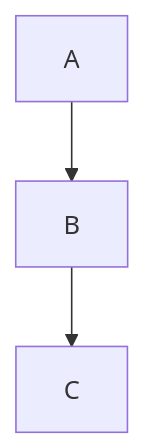
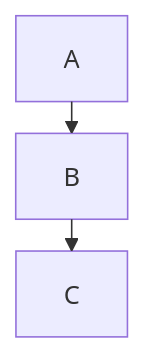
One commit to sebastian-software/ferrigura changed the diagram in docs/config/layouts.md. Above: the diagram before and after it, drawn with Mermaid. The commit also changed other lines of this file and 55 other files, not shown here.

First line of the commit message:
feat(fork)!: remove the dagre layout

````diff
--- a/docs/config/layouts.md
+++ b/docs/config/layouts.md
@@ -56,9 +56,9 @@
 ```mermaid
 ---
 config:
-  layout: dagre
+  layout: elk.mrtree
 ---
 graph TD;
   A-->B;
   B-->C;
 ```
````
